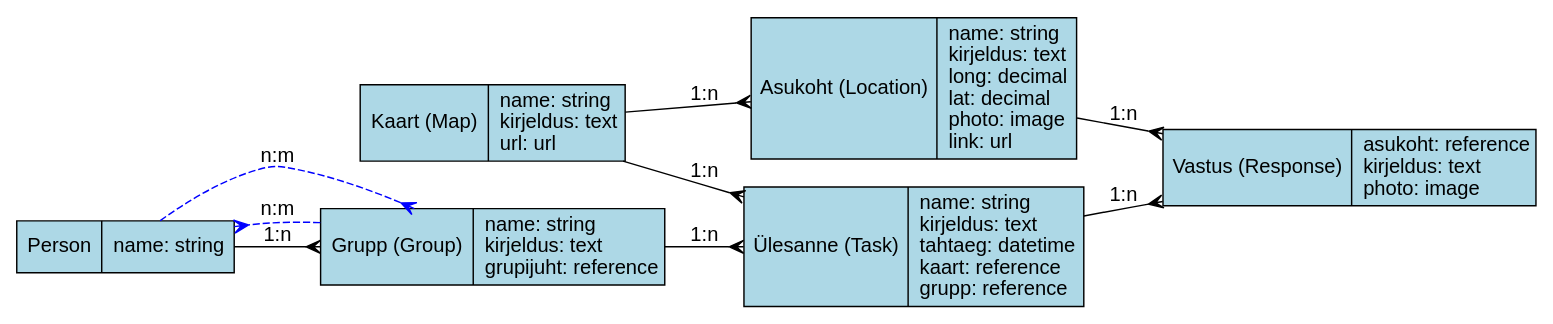
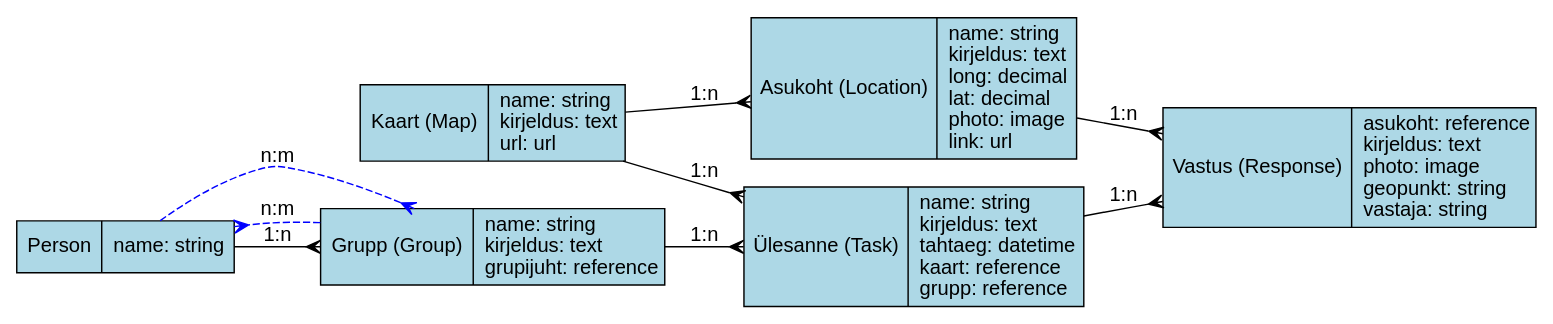
Before and after one commit to mitselek/esmuseum-map-app: the diagram in docs/diagrams/er-diagram.dot, drawn with Graphviz. The commit also changed 3 other files, not shown here.

```diff
--- a/docs/diagrams/er-diagram.dot
+++ b/docs/diagrams/er-diagram.dot
@@ -1,23 +1,23 @@
 digraph ESMuseumERDiagram {
   graph [rankdir=LR, overlap=false, splines=true, fontname="Arial"];
   node [shape=record, style=filled, fillcolor=lightblue, fontname="Arial"];
   edge [fontname="Arial"];
   
   // Entity definitions
   Kaart [label="{Kaart (Map)|name: string\lkirjeldus: text\lurl: url\l}"];
   Asukoht [label="{Asukoht (Location)|name: string\lkirjeldus: text\llong: decimal\llat: decimal\lphoto: image\llink: url\l}"];
   Grupp [label="{Grupp (Group)|name: string\lkirjeldus: text\lgrupijuht: reference\l}"];
   Ulesanne [label="{Ülesanne (Task)|name: string\lkirjeldus: text\ltahtaeg: datetime\lkaart: reference\lgrupp: reference\l}"];
-  Vastus [label="{Vastus (Response)|asukoht: reference\lkirjeldus: text\lphoto: image\l}"];
+  Vastus [label="{Vastus (Response)|asukoht: reference\lkirjeldus: text\lphoto: image\lgeopunkt: string\lvastaja: string\l}"];
   Person [label="{Person|name: string\l}"];
   
   // Relationships
   Kaart -> Asukoht [label="1:n", arrowhead="crow"];
   Kaart -> Ulesanne [label="1:n", arrowhead="crow"];
   Grupp -> Ulesanne [label="1:n", arrowhead="crow"];
   Person -> Grupp [label="1:n", arrowhead="crow"];
   Person -> Grupp [label="n:m", arrowhead="crow", style="dashed", color="blue", constraint=false];
   Grupp -> Person [label="n:m", arrowhead="crow", style="dashed", color="blue", constraint=false];
   Ulesanne -> Vastus [label="1:n", arrowhead="crow"];
   Asukoht -> Vastus [label="1:n", arrowhead="crow"];
 }
```
